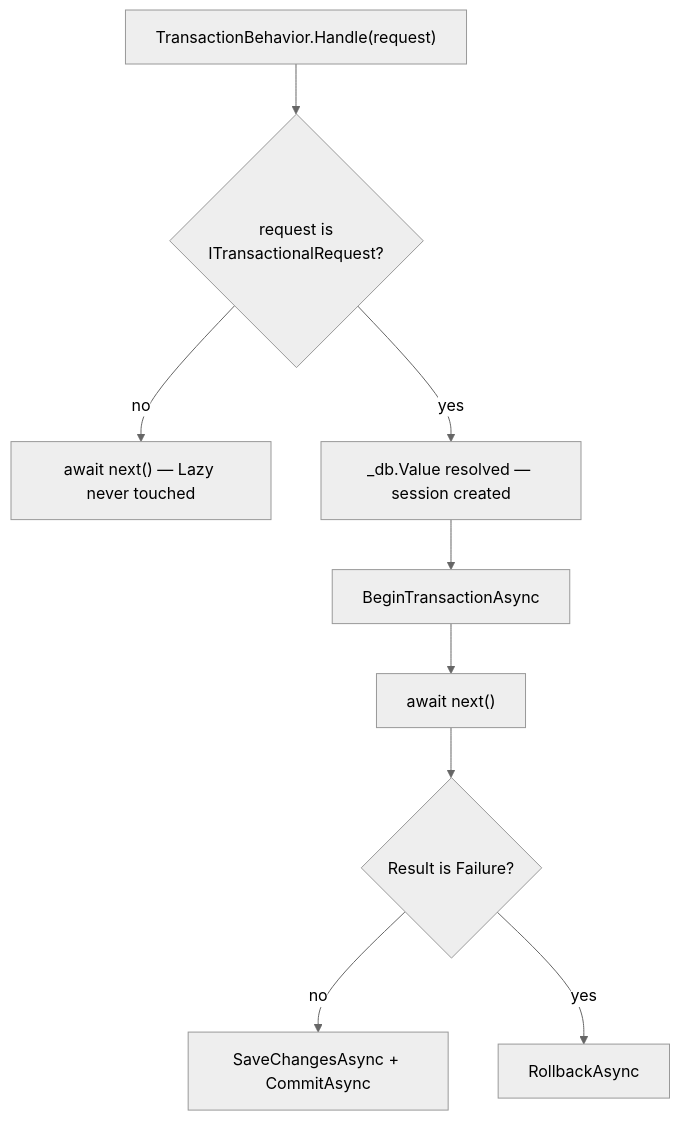
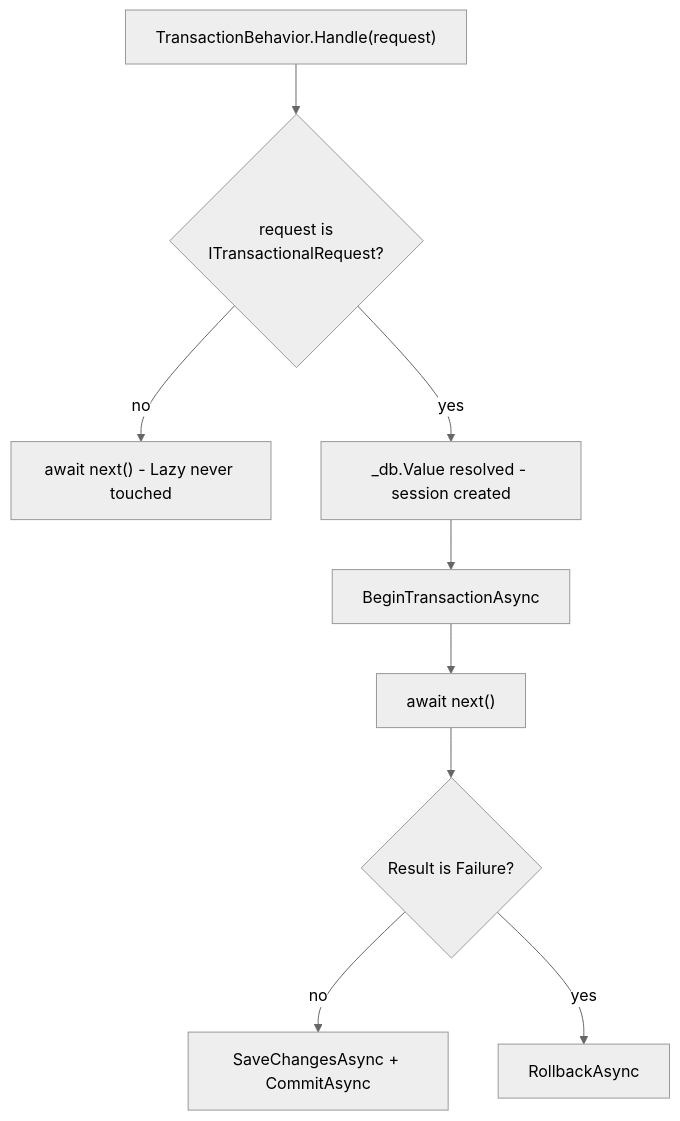
The fourth of 4 diagrams in docs/bootstrapreference/PRD-mediator-result-pipeline.md (rheone/interlocutor), drawn with Mermaid (neutral theme) before and after one commit. The commit also changed other lines of this file and 284 other files, not shown here.

````diff
--- a/docs/bootstrapreference/PRD-mediator-result-pipeline.md
+++ b/docs/bootstrapreference/PRD-mediator-result-pipeline.md
@@ -600,11 +600,11 @@
 ```mermaid
 flowchart TD
     Start["TransactionBehavior.Handle(request)"] --> Check{"request is\nITransactionalRequest?"}
-    Check -- "no" --> Next1["await next() — Lazy<AppDbContext> never touched"]
-    Check -- "yes" --> Resolve["_db.Value resolved — session created"]
+    Check -- "no" --> Next1["await next() - Lazy<AppDbContext> never touched"]
+    Check -- "yes" --> Resolve["_db.Value resolved - session created"]
     Resolve --> Begin["BeginTransactionAsync"]
     Begin --> Next2["await next()"]
     Next2 --> Outcome{"Result is Failure?"}
     Outcome -- "no" --> Commit["SaveChangesAsync + CommitAsync"]
     Outcome -- "yes" --> Rollback["RollbackAsync"]
 ```
````
